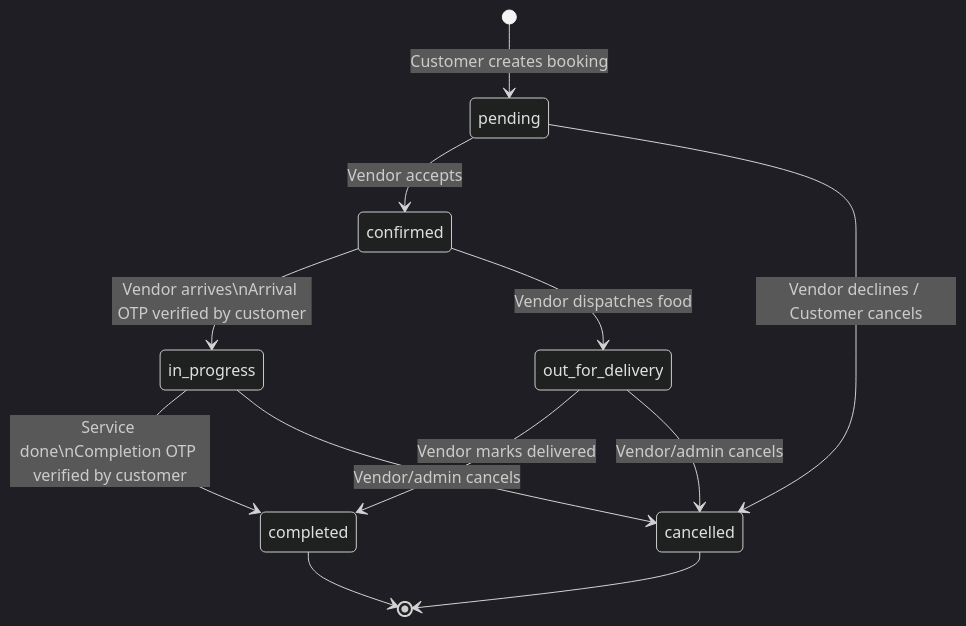
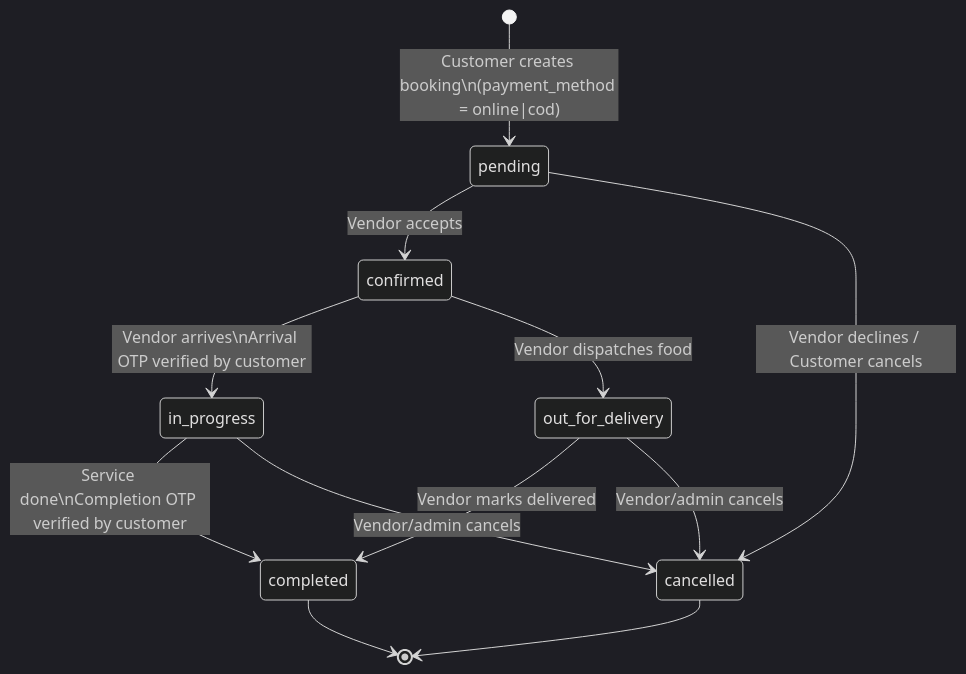
Before and after one commit to jaswanth264/veranda: the first of 3 diagrams in Data/BOOKINGS_HLD.md, drawn with Mermaid (dark theme). The commit also changed other lines of this file and 16 other files, not shown here.

First line of the commit message:
feat: integrate Razorpay for online payments and add payment method options

````diff
--- a/Data/BOOKINGS_HLD.md
+++ b/Data/BOOKINGS_HLD.md
@@ -18,20 +18,20 @@
 ```mermaid
 stateDiagram-v2
-    [*] --> pending : Customer creates booking
+    [*] --> pending : Customer creates booking\n(payment_method = online|cod)
 
     pending --> confirmed : Vendor accepts
     pending --> cancelled : Vendor declines / Customer cancels
 
     %% Services track
     confirmed --> in_progress : Vendor arrives\nArrival OTP verified by customer
     in_progress --> completed : Service done\nCompletion OTP verified by customer
     in_progress --> cancelled : Vendor/admin cancels
 
     %% Tiffin track
     confirmed --> out_for_delivery : Vendor dispatches food
     out_for_delivery --> completed : Vendor marks delivered
     out_for_delivery --> cancelled : Vendor/admin cancels
 
     completed --> [*]
     cancelled --> [*]
 ```
````
